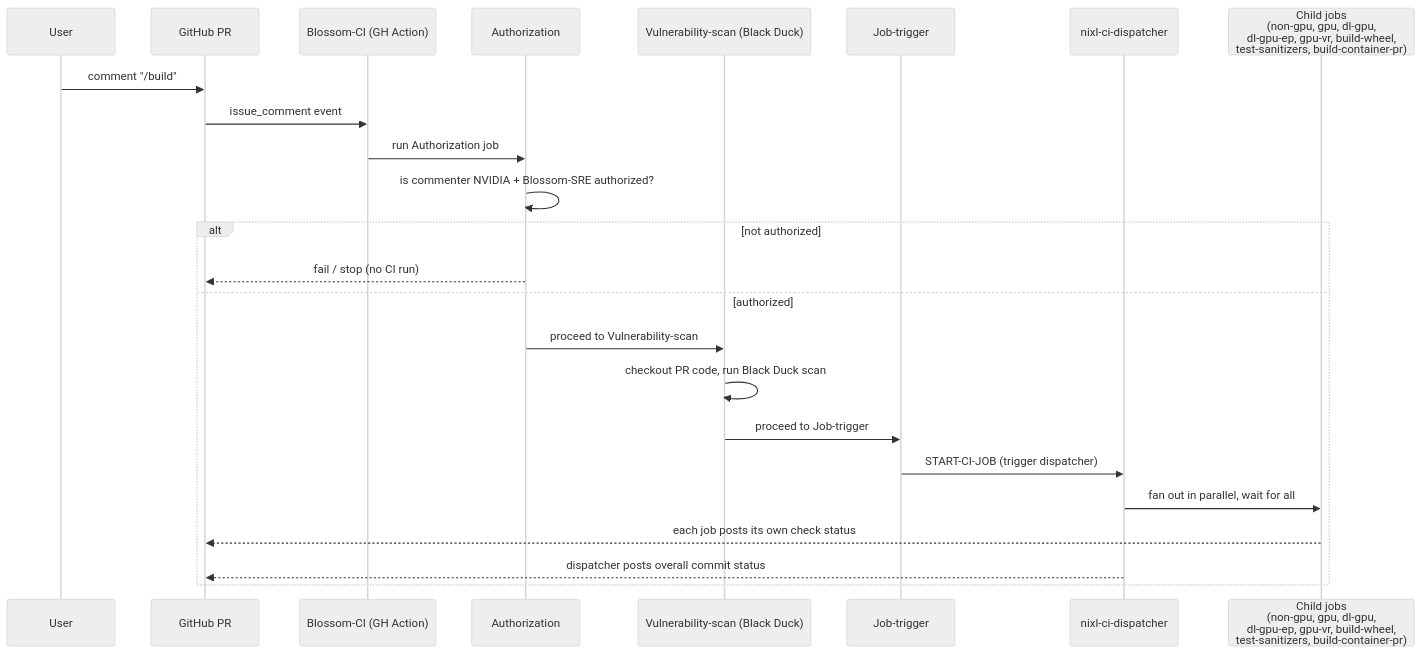
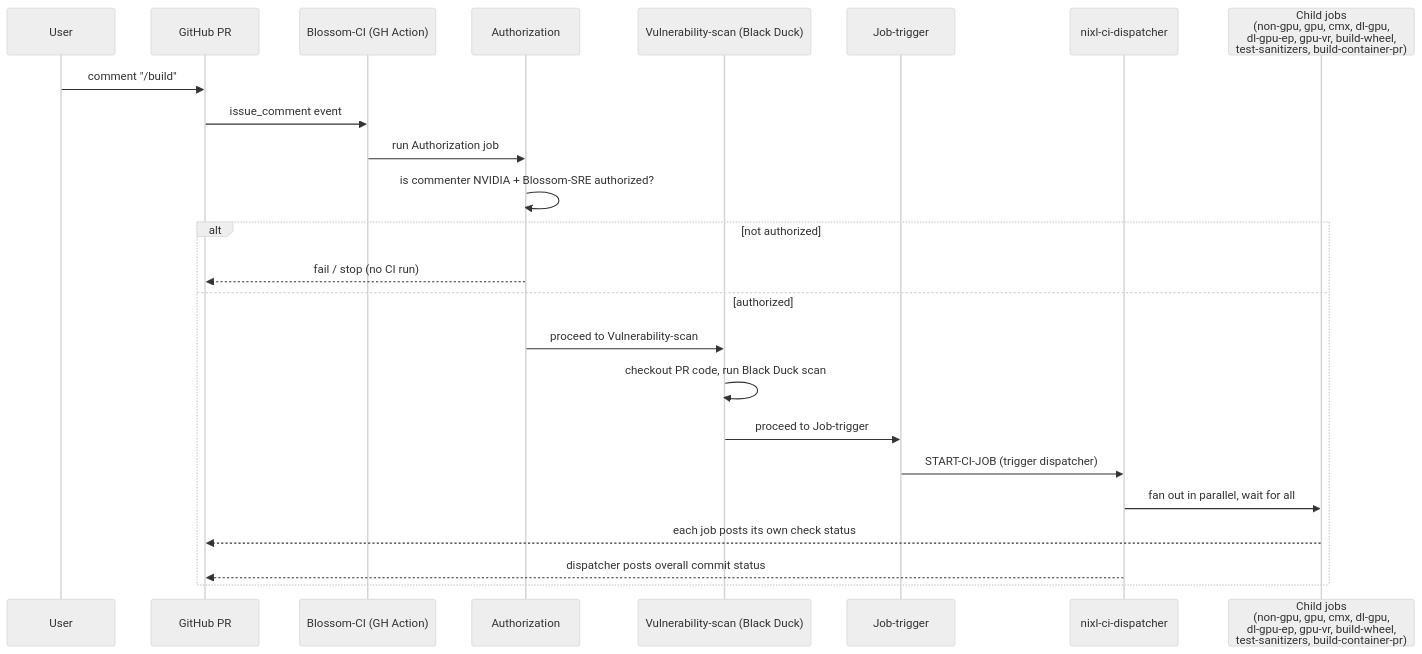
One commit to ai-dynamo/nixl changed the diagram in .ci/docs/ci-overview.md. Above: the diagram before and after it, drawn with Mermaid (neutral theme). The commit also changed other lines of this file and 7 other files, not shown here.

````diff
--- a/.ci/docs/ci-overview.md
+++ b/.ci/docs/ci-overview.md
@@ -96,27 +96,27 @@
 ```mermaid
 sequenceDiagram
     participant User
     participant GH as GitHub PR
     participant Blossom as Blossom-CI (GH Action)
     participant Auth as Authorization
     participant Scan as Vulnerability-scan (Black Duck)
     participant Trigger as Job-trigger
     participant Jenkins as nixl-ci-dispatcher
-    participant Children as Child jobs<br/>(non-gpu, gpu, dl-gpu,<br/>dl-gpu-ep, gpu-vr, build-wheel,<br/>test-sanitizers, build-container-pr)
+    participant Children as Child jobs<br/>(non-gpu, gpu, cmx, dl-gpu,<br/>dl-gpu-ep, gpu-vr, build-wheel,<br/>test-sanitizers, build-container-pr)
 
     User->>GH: comment "/build"
     GH->>Blossom: issue_comment event
     Blossom->>Auth: run Authorization job
     Auth->>Auth: is commenter NVIDIA + Blossom-SRE authorized?
     alt not authorized
         Auth-->>GH: fail / stop (no CI run)
     else authorized
         Auth->>Scan: proceed to Vulnerability-scan
         Scan->>Scan: checkout PR code, run Black Duck scan
         Scan->>Trigger: proceed to Job-trigger
         Trigger->>Jenkins: START-CI-JOB (trigger dispatcher)
         Jenkins->>Children: fan out in parallel, wait for all
         Children-->>GH: each job posts its own check status
         Jenkins-->>GH: dispatcher posts overall commit status
     end
 ```
````
